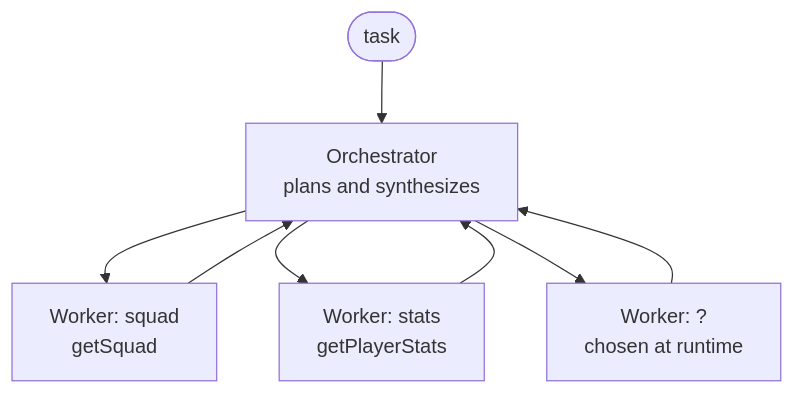
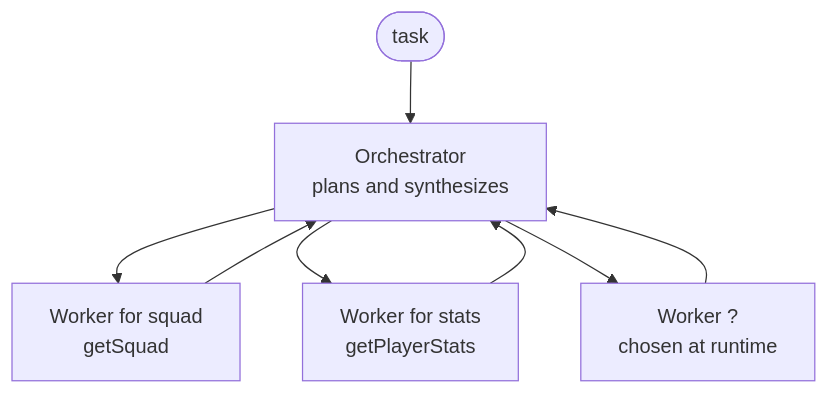
The fifth of 5 diagrams in PATTERNS.md (xkondix/ai-agents-JAVA-SPRING), drawn with Mermaid before and after one commit. The commit also changed other lines of this file and 3 other files, not shown here.

````diff
--- a/PATTERNS.md
+++ b/PATTERNS.md
@@ -211,10 +223,10 @@
 ```mermaid
 flowchart TB
     IN([task]) --> O[Orchestrator<br/>plans and synthesizes]
-    O --> W1[Worker: squad<br/>getSquad]
-    O --> W2[Worker: stats<br/>getPlayerStats]
-    O --> W3[Worker: ?<br/>chosen at runtime]
+    O --> W1[Worker for squad<br/>getSquad]
+    O --> W2[Worker for stats<br/>getPlayerStats]
+    O --> W3[Worker ?<br/>chosen at runtime]
     W1 --> O
     W2 --> O
     W3 --> O
 ```
````
